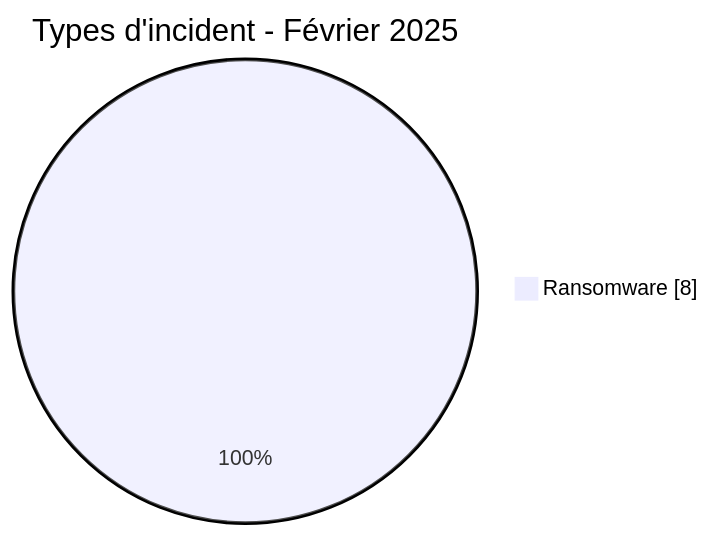
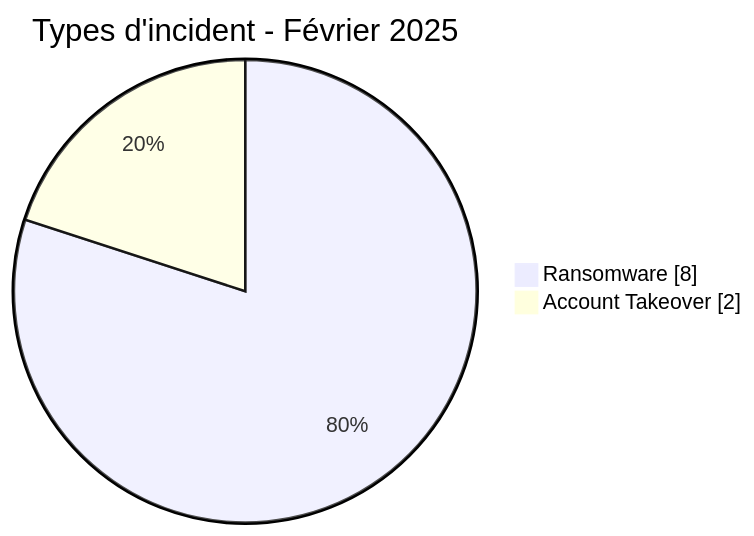
Before and after one commit to Hatchepsoute/AFRINTEL: the first of 2 diagrams in CyberAttackAfrica/2025/02-february/README_FR.md, drawn with Mermaid. The commit also changed other lines of this file and 73 other files, not shown here.

````diff
--- a/CyberAttackAfrica/2025/02-february/README_FR.md
+++ b/CyberAttackAfrica/2025/02-february/README_FR.md
@@ -63,5 +78,6 @@
 ```mermaid
 pie showData
     title Types d'incident - Février 2025
     "Ransomware" : 8
+    "Account Takeover" : 2
 ```
````
